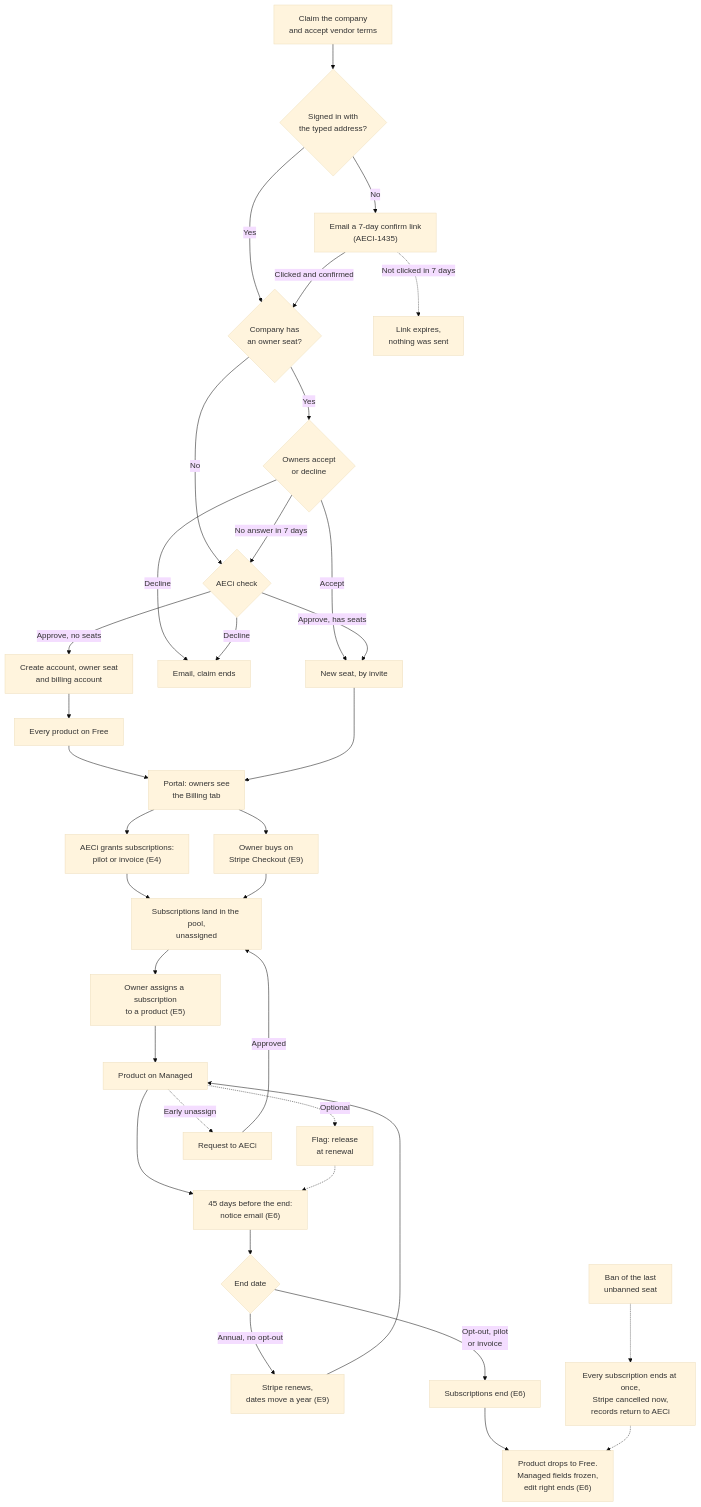
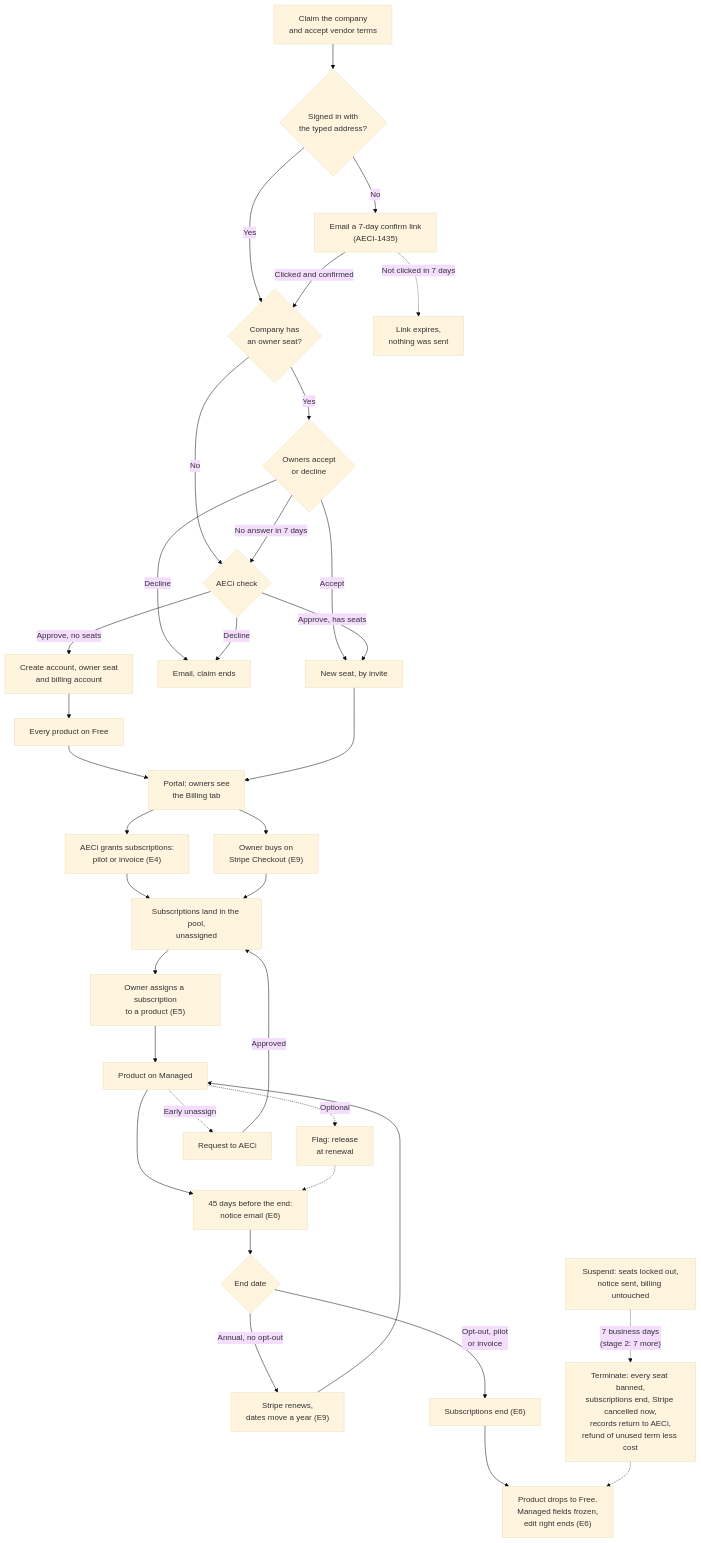
The diagram in docs/VENDOR_SIGNUP_PROCESS.md (the-wbs-project/aec-integrations), drawn with Mermaid (base theme) before and after one commit. The commit also changed other lines of this file and 101 other files, not shown here.

First line of the commit message:
AECI-1623: suspend, then terminate with a pro-rata refund less documented cost

````diff
--- a/docs/VENDOR_SIGNUP_PROCESS.md
+++ b/docs/VENDOR_SIGNUP_PROCESS.md
@@ -246,39 +253,39 @@
 ```mermaid
 flowchart TD
     claim["Claim the company<br/>and accept vendor terms"] --> signedIn{"Signed in with<br/>the typed address?"}
     signedIn -->|Yes| hasSeats{"Company has<br/>an owner seat?"}
     signedIn -->|No| confirmLink["Email a 7-day confirm link<br/>(AECI-1435)"]
     confirmLink -->|"Clicked and confirmed"| hasSeats
     confirmLink -.->|"Not clicked in 7 days"| expired["Link expires,<br/>nothing was sent"]
     hasSeats -->|No| check{"AECi check"}
     hasSeats -->|Yes| owners{"Owners accept<br/>or decline"}
     owners -->|Accept| seat["New seat, by invite"]
     owners -->|Decline| declined["Email, claim ends"]
     owners -->|"No answer in 7 days"| check
     check -->|Decline| declined
     check -->|"Approve, no seats"| create["Create account, owner seat<br/>and billing account"]
     check -->|"Approve, has seats"| seat
     create --> free["Every product on Free"]
     free --> portal["Portal: owners see<br/>the Billing tab"]
     seat --> portal
     portal --> grant["AECi grants subscriptions:<br/>pilot or invoice (E4)"]
     portal --> buy["Owner buys on<br/>Stripe Checkout (E9)"]
     grant --> pool["Subscriptions land in the pool,<br/>unassigned"]
     buy --> pool
     pool --> assign["Owner assigns a subscription<br/>to a product (E5)"]
     assign --> managed["Product on Managed"]
     managed -.->|Optional| release["Flag: release<br/>at renewal"]
     managed -.->|"Early unassign"| request["Request to AECi"]
     request -->|Approved| pool
     managed --> notice["45 days before the end:<br/>notice email (E6)"]
     release -.-> notice
     notice --> endDate{"End date"}
     endDate -->|"Annual, no opt-out"| renew["Stripe renews,<br/>dates move a year (E9)"]
     renew --> managed
     endDate -->|"Opt-out, pilot<br/>or invoice"| lapse["Subscriptions end (E6)"]
     lapse --> handBack["Product drops to Free.<br/>Managed fields frozen,<br/>edit right ends (E6)"]
-    ban["Ban of the last<br/>unbanned seat"] -.-> banEnd["Every subscription ends at once,<br/>Stripe cancelled now,<br/>records return to AECi"]
-    banEnd -.-> handBack
+    suspend["Suspend: seats locked out,<br/>notice sent, billing untouched"] -.->|"7 business days<br/>(stage 2: 7 more)"| terminate["Terminate: every seat banned,<br/>subscriptions end, Stripe cancelled now,<br/>records return to AECi,<br/>refund of unused term less cost"]
+    terminate -.-> handBack
 
     classDef notBuilt stroke-dasharray: 5 5
 ```
````
